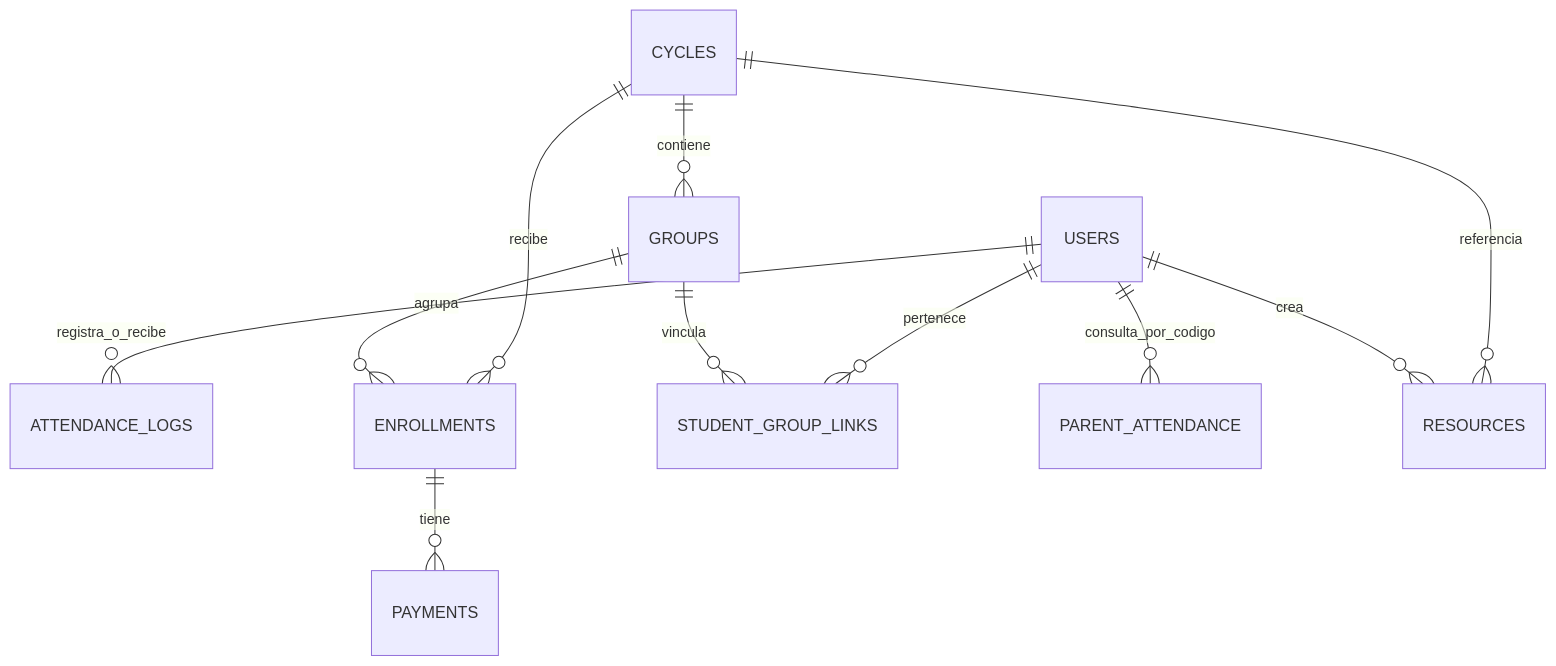
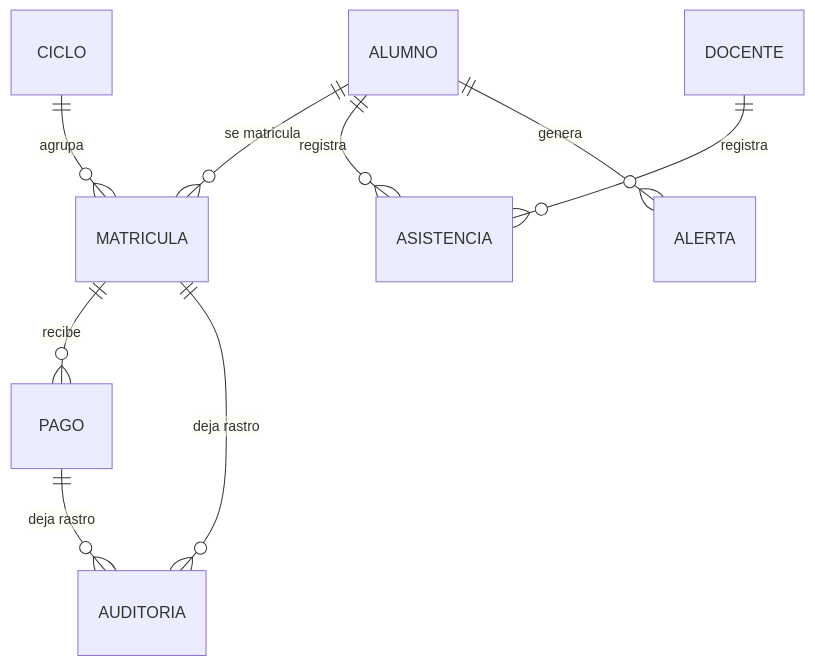
The first of 2 diagrams in docs/e2-base-datos-ce022.md (yucradavid/Perfil-de-egreso-Plataforma-Web-Integral-CERMAT), drawn with Mermaid before and after one commit. The commit also changed other lines of this file and 50 other files, not shown here.

````diff
--- a/docs/e2-base-datos-ce022.md
+++ b/docs/e2-base-datos-ce022.md
@@ -67,13 +26,11 @@
 ```mermaid
 erDiagram
-  USERS ||--o{ ATTENDANCE_LOGS : registra_o_recibe
-  CYCLES ||--o{ GROUPS : contiene
-  CYCLES ||--o{ ENROLLMENTS : recibe
-  GROUPS ||--o{ ENROLLMENTS : agrupa
-  ENROLLMENTS ||--o{ PAYMENTS : tiene
-  USERS ||--o{ STUDENT_GROUP_LINKS : pertenece
-  GROUPS ||--o{ STUDENT_GROUP_LINKS : vincula
-  USERS ||--o{ PARENT_ATTENDANCE : consulta_por_codigo
-  CYCLES ||--o{ RESOURCES : referencia
-  USERS ||--o{ RESOURCES : crea
+  ALUMNO ||--o{ MATRICULA : "se matricula"
+  CICLO  ||--o{ MATRICULA : "agrupa"
+  MATRICULA ||--o{ PAGO : "recibe"
+  ALUMNO ||--o{ ASISTENCIA : "registra"
+  DOCENTE ||--o{ ASISTENCIA : "registra"
+  ALUMNO ||--o{ ALERTA : "genera"
+  MATRICULA ||--o{ AUDITORIA : "deja rastro"
+  PAGO ||--o{ AUDITORIA : "deja rastro"
 ```
````
